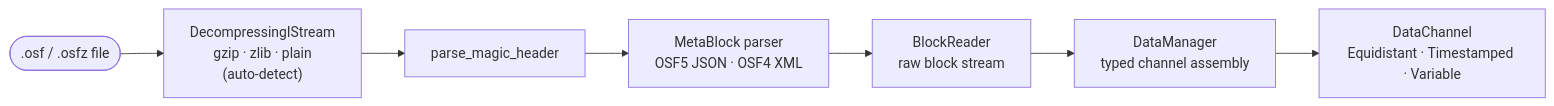
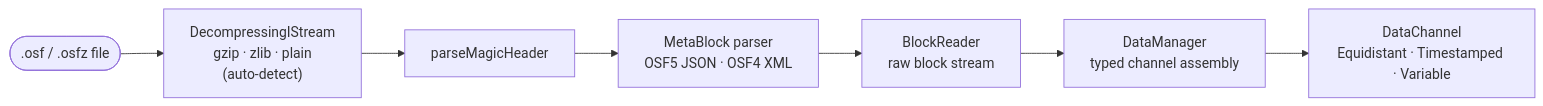
One commit to optimeas/osf changed the first of 3 diagrams in docs/de/implementations/cpp.md. Above: the diagram before and after it, drawn with Mermaid. The commit also changed other lines of this file and 12 other files, not shown here.

````diff
--- a/docs/de/implementations/cpp.md
+++ b/docs/de/implementations/cpp.md
@@ -87,9 +87,9 @@
 ```mermaid
 flowchart LR
     F([".osf / .osfz file"]) --> D["DecompressingIStream<br/>gzip · zlib · plain<br/>(auto-detect)"]
-    D --> H["parse_magic_header"]
+    D --> H["parseMagicHeader"]
     H --> M["MetaBlock parser<br/>OSF5 JSON · OSF4 XML"]
     M --> B["BlockReader<br/>raw block stream"]
     B --> DM["DataManager<br/>typed channel assembly"]
     DM --> C["DataChannel<br/>Equidistant · Timestamped · Variable"]
 ```
````
